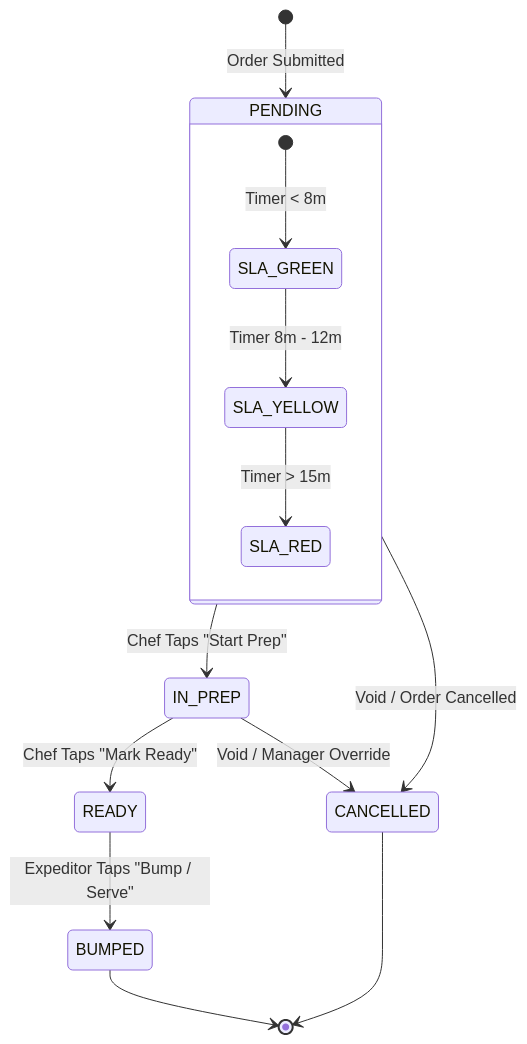
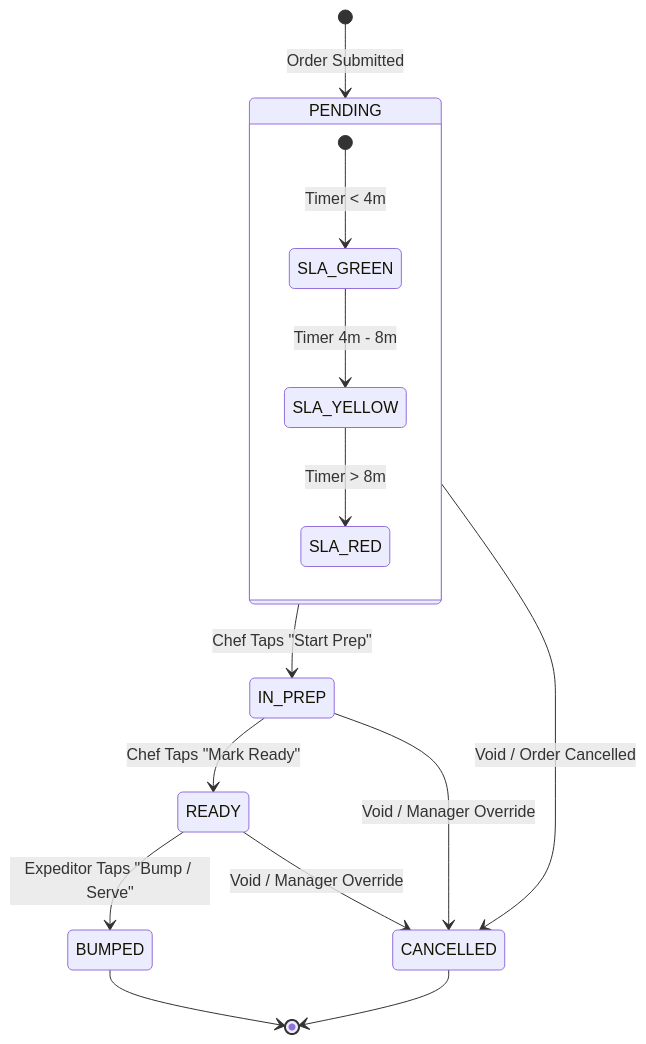
Before and after one commit to Sam-Bonfire/Plinth: the fourth of 4 diagrams in README.md, drawn with Mermaid. The commit also changed other lines of this file and 2 other files, not shown here.

Commit message:
fix(core-domain): enforce staged kitchen ticket lifecycle
Add start_prep and mark_ready so the aggregate follows the documented Pending-InPrep-Ready-Bumped chain. Align the SLA diagram and ordering invariant with implemented behavior.

````diff
--- a/README.md
+++ b/README.md
@@ -192,20 +192,21 @@
 ```mermaid
 stateDiagram-v2
     [*] --> PENDING : Order Submitted
 
     state PENDING {
-        [*] --> SLA_GREEN : Timer < 8m
-        SLA_GREEN --> SLA_YELLOW : Timer 8m - 12m
-        SLA_YELLOW --> SLA_RED : Timer > 15m
+        [*] --> SLA_GREEN : Timer < 4m
+        SLA_GREEN --> SLA_YELLOW : Timer 4m - 8m
+        SLA_YELLOW --> SLA_RED : Timer > 8m
     }
 
     PENDING --> IN_PREP : Chef Taps "Start Prep"
     IN_PREP --> READY : Chef Taps "Mark Ready"
     READY --> BUMPED : Expeditor Taps "Bump / Serve"
-    
+
     PENDING --> CANCELLED : Void / Order Cancelled
     IN_PREP --> CANCELLED : Void / Manager Override
-    
+    READY --> CANCELLED : Void / Manager Override
+
     BUMPED --> [*]
     CANCELLED --> [*]
 ```
````
